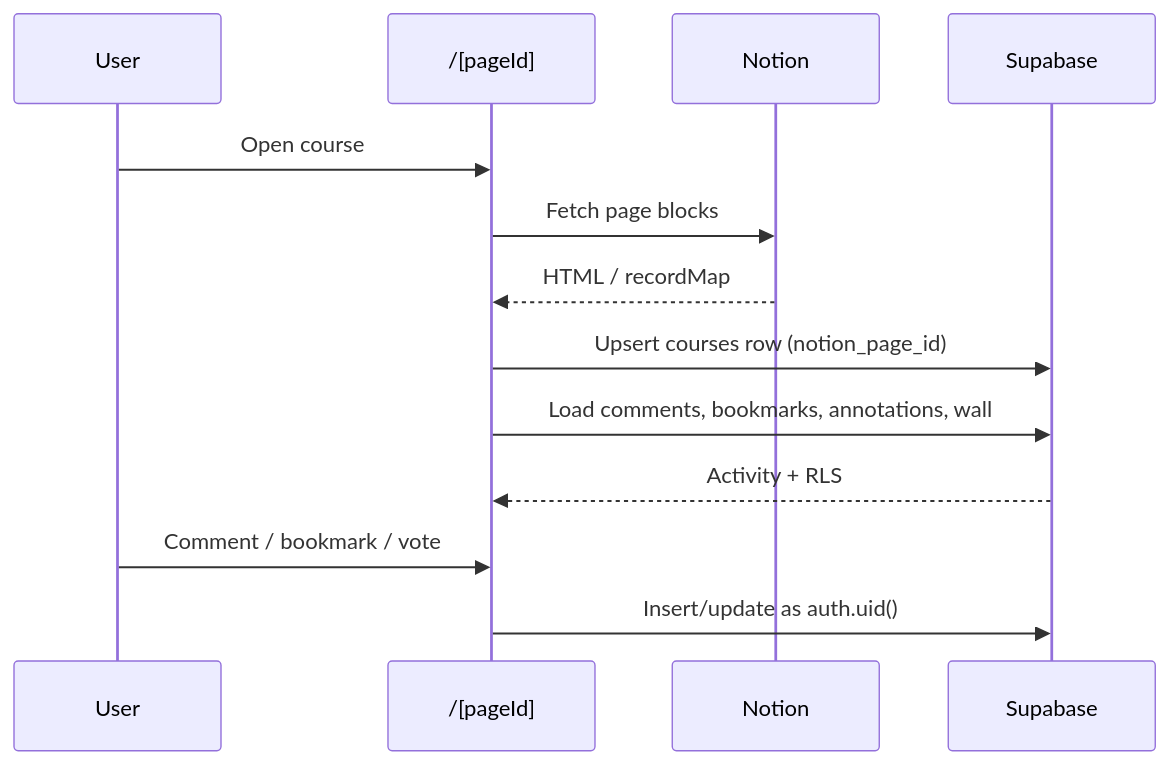
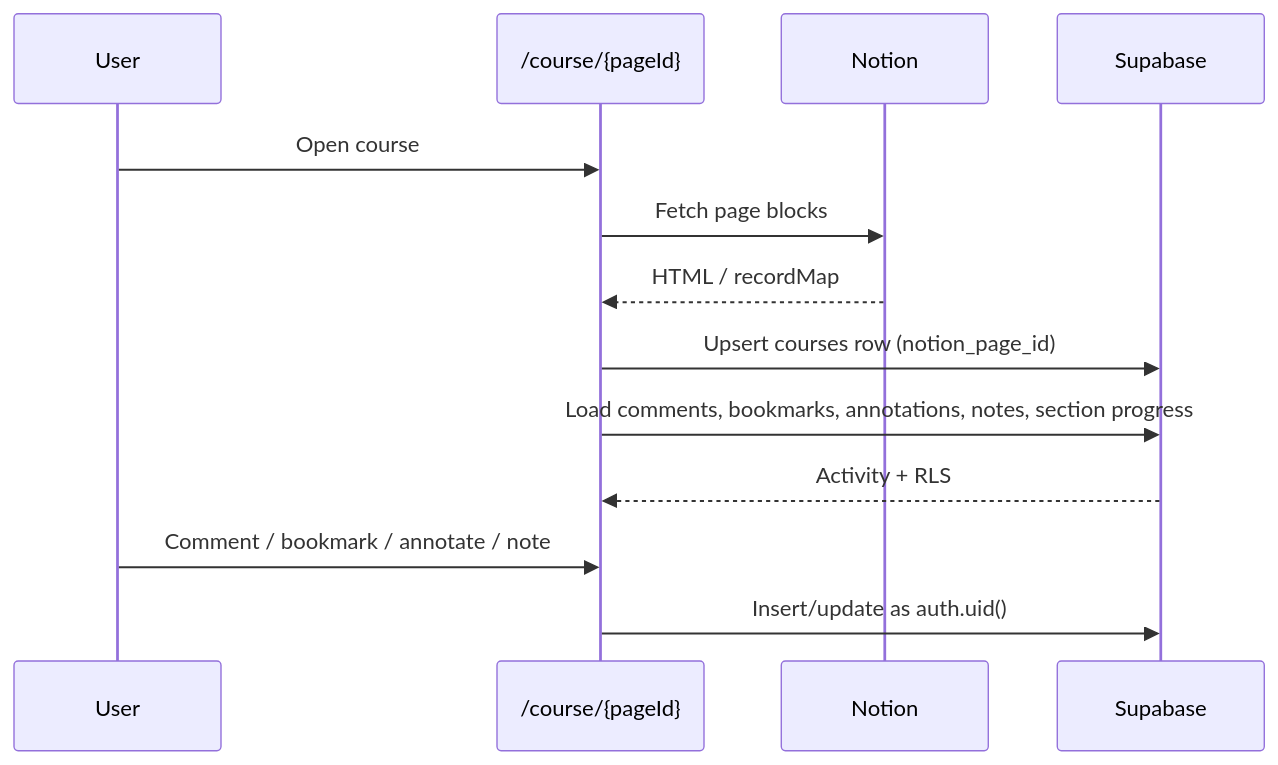
The third of 4 diagrams in docs/architecture.md (coursetexts/notion-site), drawn with Mermaid before and after one commit. The commit also changed other lines of this file and 80 other files, not shown here.

````diff
--- a/docs/architecture.md
+++ b/docs/architecture.md
@@ -73,16 +144,16 @@
 ```mermaid
 sequenceDiagram
   participant User
-  participant Page as /[pageId]
+  participant Page as /course/{pageId}
   participant Notion
   participant SB as Supabase
 
   User->>Page: Open course
   Page->>Notion: Fetch page blocks
   Notion-->>Page: HTML / recordMap
   Page->>SB: Upsert courses row (notion_page_id)
-  Page->>SB: Load comments, bookmarks, annotations, wall
+  Page->>SB: Load comments, bookmarks, annotations, notes, section progress
   SB-->>Page: Activity + RLS
-  User->>Page: Comment / bookmark / vote
+  User->>Page: Comment / bookmark / annotate / note
   Page->>SB: Insert/update as auth.uid()
 ```
````
